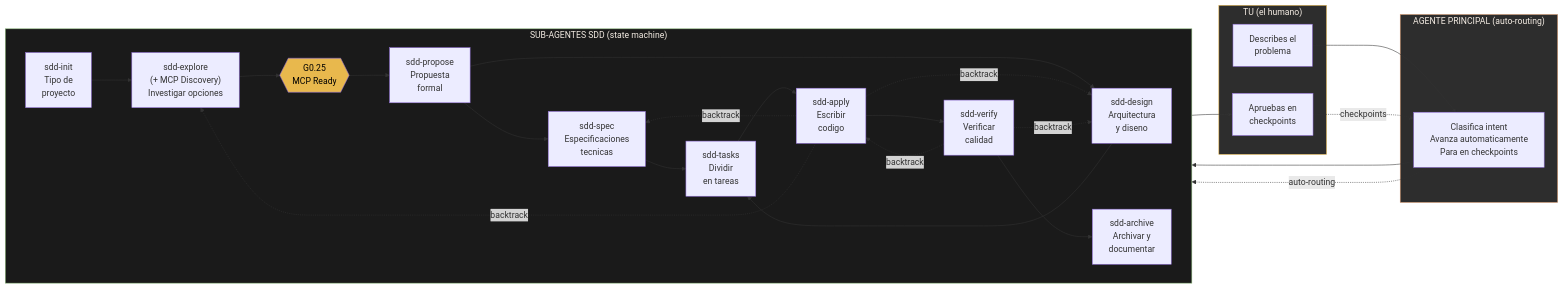
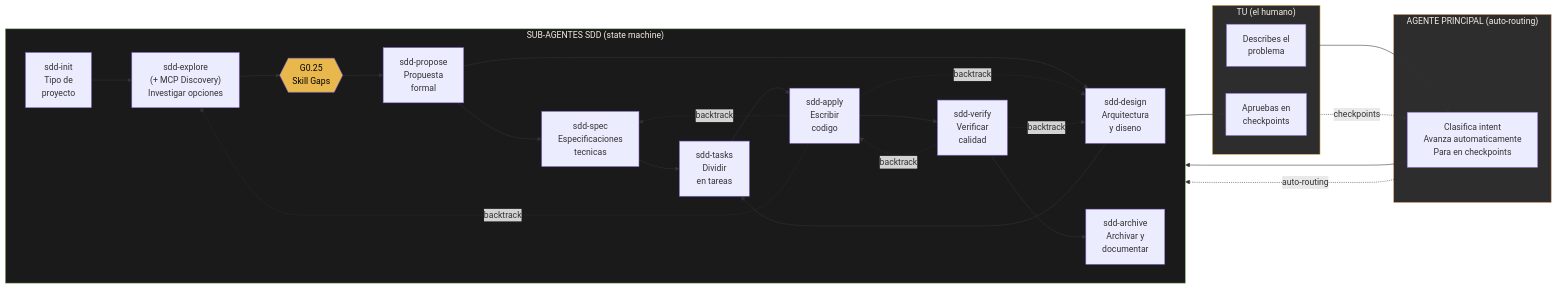
The seventh of 31 diagrams in docs/architecture/arquitectura-diagrama.md (jota-batuta/batuta-dots), drawn with Mermaid before and after one commit. The commit also changed other lines of this file and 19 other files, not shown here.

````diff
--- a/docs/architecture/arquitectura-diagrama.md
+++ b/docs/architecture/arquitectura-diagrama.md
@@ -308,48 +308,48 @@
 ```mermaid
 flowchart LR
     subgraph USUARIO["TU (el humano)"]
         U_DESCRIBE["Describes el<br/>problema"]
         U_APRUEBA["Apruebas en<br/>checkpoints"]
     end
 
     subgraph ORQUESTADOR["AGENTE PRINCIPAL (auto-routing)"]
         ORC["Clasifica intent<br/>Avanza automaticamente<br/>Para en checkpoints"]
     end
 
     subgraph PIPELINE["SUB-AGENTES SDD (state machine)"]
         direction LR
         INIT["sdd-init<br/>Tipo de<br/>proyecto"]
         EXPLORE["sdd-explore<br/>(+ MCP Discovery)<br/>Investigar opciones"]
-        G025{{"G0.25<br/>MCP Ready"}}
+        G025{{"G0.25<br/>Skill Gaps"}}
         PROPOSE["sdd-propose<br/>Propuesta<br/>formal"]
         SPEC["sdd-spec<br/>Especificaciones<br/>tecnicas"]
         DESIGN["sdd-design<br/>Arquitectura<br/>y diseno"]
         TASKS["sdd-tasks<br/>Dividir<br/>en tareas"]
         APPLY["sdd-apply<br/>Escribir<br/>codigo"]
         VERIFY["sdd-verify<br/>Verificar<br/>calidad"]
         ARCHIVE["sdd-archive<br/>Archivar y<br/>documentar"]
     end
 
     U_DESCRIBE --> ORC
     ORC --> INIT --> EXPLORE --> G025 --> PROPOSE
     PROPOSE --> SPEC
     PROPOSE --> DESIGN
     SPEC --> TASKS
     DESIGN --> TASKS
     TASKS --> APPLY --> VERIFY --> ARCHIVE
     ARCHIVE --> U_APRUEBA
 
     APPLY -.->|"backtrack"| SPEC
     APPLY -.->|"backtrack"| DESIGN
     APPLY -.->|"backtrack"| EXPLORE
     VERIFY -.->|"backtrack"| DESIGN
     VERIFY -.->|"backtrack"| APPLY
 
     ORC -.->|"auto-routing"| PIPELINE
     U_APRUEBA -.->|"checkpoints"| ORC
 
     style USUARIO fill:#2d2d2d,stroke:#E8B84D,color:#F5EDE4
     style ORQUESTADOR fill:#2d2d2d,stroke:#D4956A,color:#F5EDE4
     style PIPELINE fill:#1a1a1a,stroke:#8BB87A,color:#F5EDE4
     style G025 fill:#E8B84D,color:#000
 ```
````
